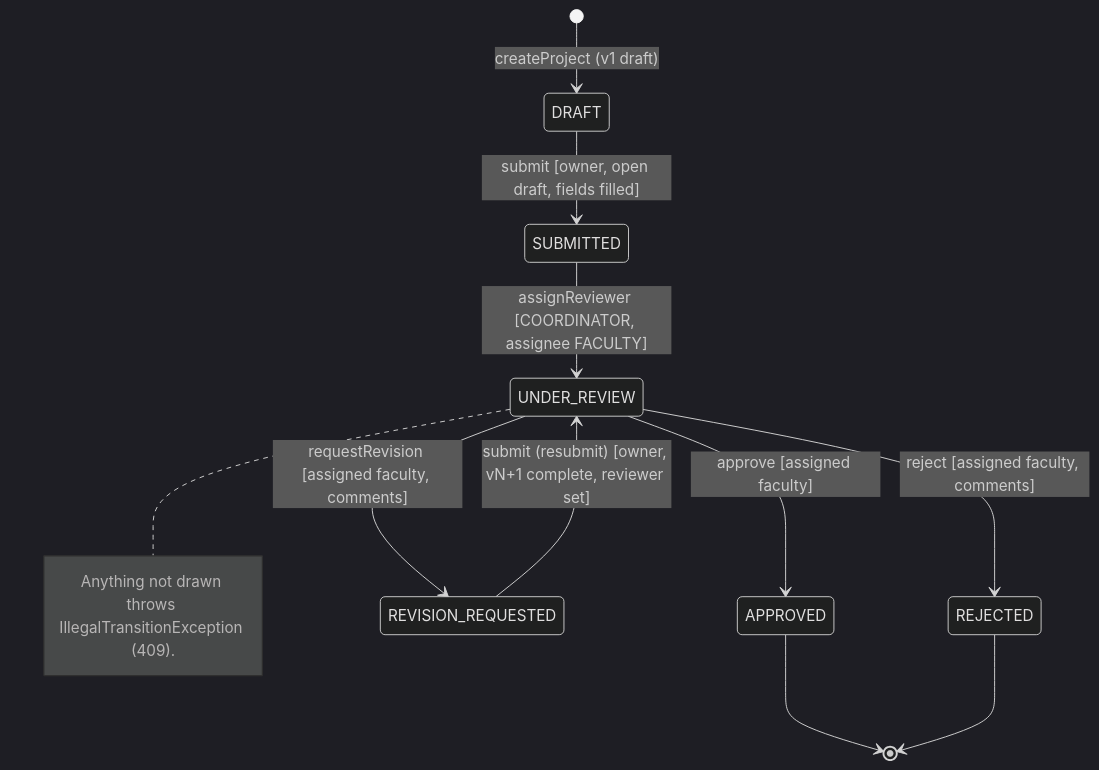
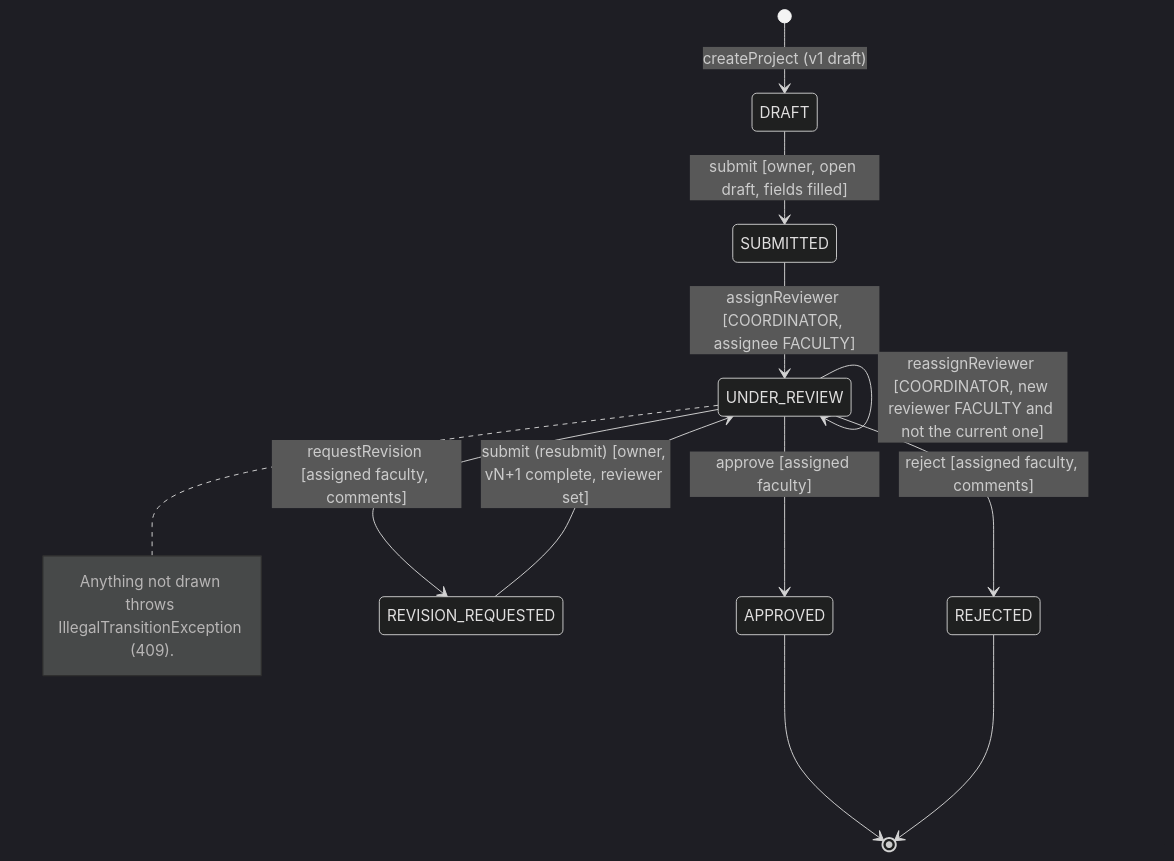
One commit to udita-0707/Prastaav changed the fourth of 11 diagrams in docs/diagrams.md. Above: the diagram before and after it, drawn with Mermaid (dark theme). The commit also changed other lines of this file and 8 other files, not shown here.

Commit message:
docs(project): reviewer reassignment transition, contract and diagrams

````diff
--- a/docs/diagrams.md
+++ b/docs/diagrams.md
@@ -311,15 +323,16 @@
 ```mermaid
 stateDiagram-v2
   [*] --> DRAFT : createProject (v1 draft)
   DRAFT --> SUBMITTED : submit [owner, open draft, fields filled]
   SUBMITTED --> UNDER_REVIEW : assignReviewer [COORDINATOR, assignee FACULTY]
   UNDER_REVIEW --> APPROVED : approve [assigned faculty]
   UNDER_REVIEW --> REVISION_REQUESTED : requestRevision [assigned faculty, comments]
   UNDER_REVIEW --> REJECTED : reject [assigned faculty, comments]
+  UNDER_REVIEW --> UNDER_REVIEW : reassignReviewer [COORDINATOR, new reviewer FACULTY and not the current one]
   REVISION_REQUESTED --> UNDER_REVIEW : submit (resubmit) [owner, vN+1 complete, reviewer set]
   APPROVED --> [*]
   REJECTED --> [*]
   note right of UNDER_REVIEW
     Anything not drawn throws IllegalTransitionException (409).
   end note
 ```
````
